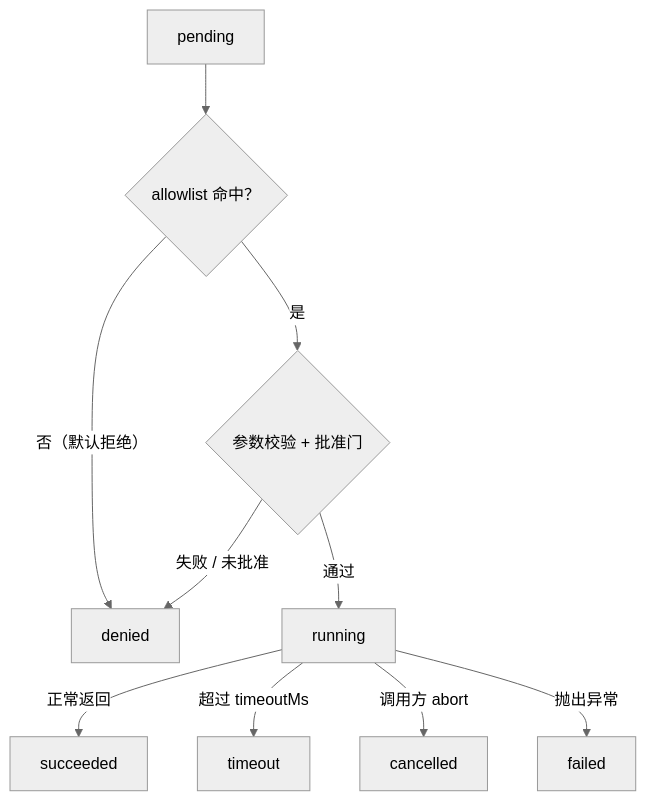
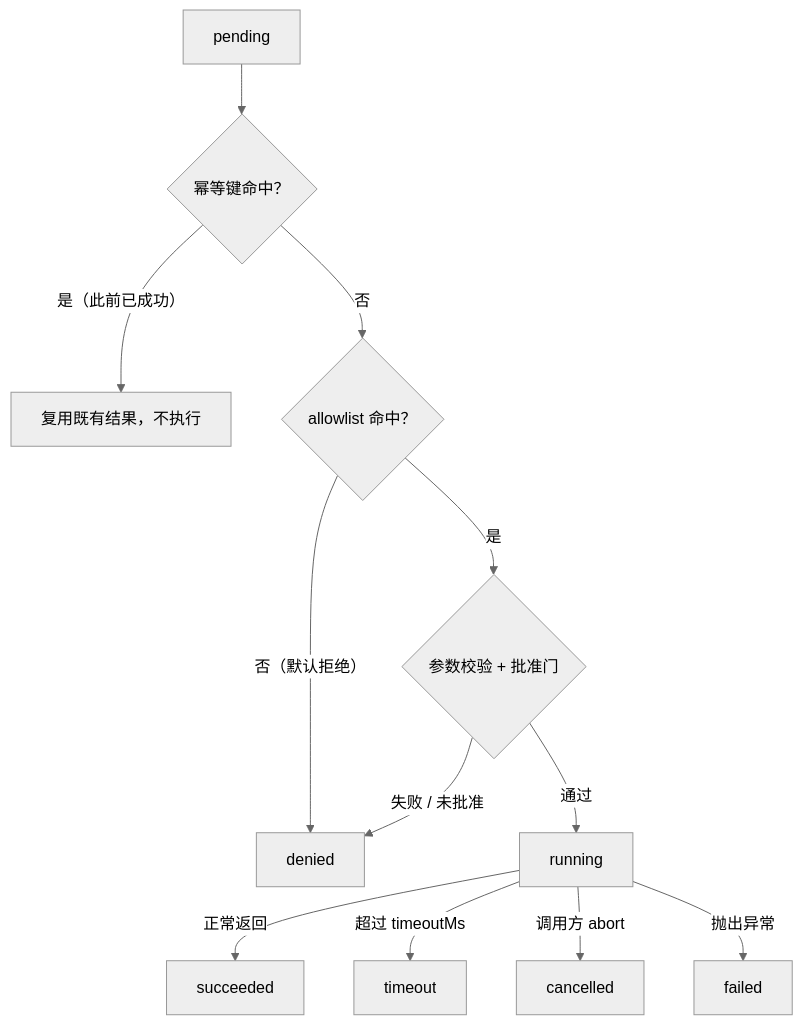
The first of 2 diagrams in docs/zh/tech/05-action/tool-execution.md (zenHeart/learn-ai), drawn with Mermaid (neutral theme) before and after one commit. The commit also changed other lines of this file and 67 other files, not shown here.

````diff
--- a/docs/zh/tech/05-action/tool-execution.md
+++ b/docs/zh/tech/05-action/tool-execution.md
@@ -32,12 +32,14 @@
 ```mermaid
 flowchart TD
-    P["pending"] --> G1{"allowlist 命中？"}
+    P["pending"] --> G0{"幂等键命中？"}
+    G0 -->|"是（此前已成功）"| X["复用既有结果，不执行"]
+    G0 -->|否| G1{"allowlist 命中？"}
     G1 -->|"否（默认拒绝）"| D["denied"]
     G1 -->|是| G2{"参数校验 + 批准门"}
     G2 -->|失败 / 未批准| D
     G2 -->|通过| R["running"]
     R -->|正常返回| S["succeeded"]
     R -->|"超过 timeoutMs"| T["timeout"]
     R -->|调用方 abort| C["cancelled"]
     R -->|抛出异常| F["failed"]
 ```
````
